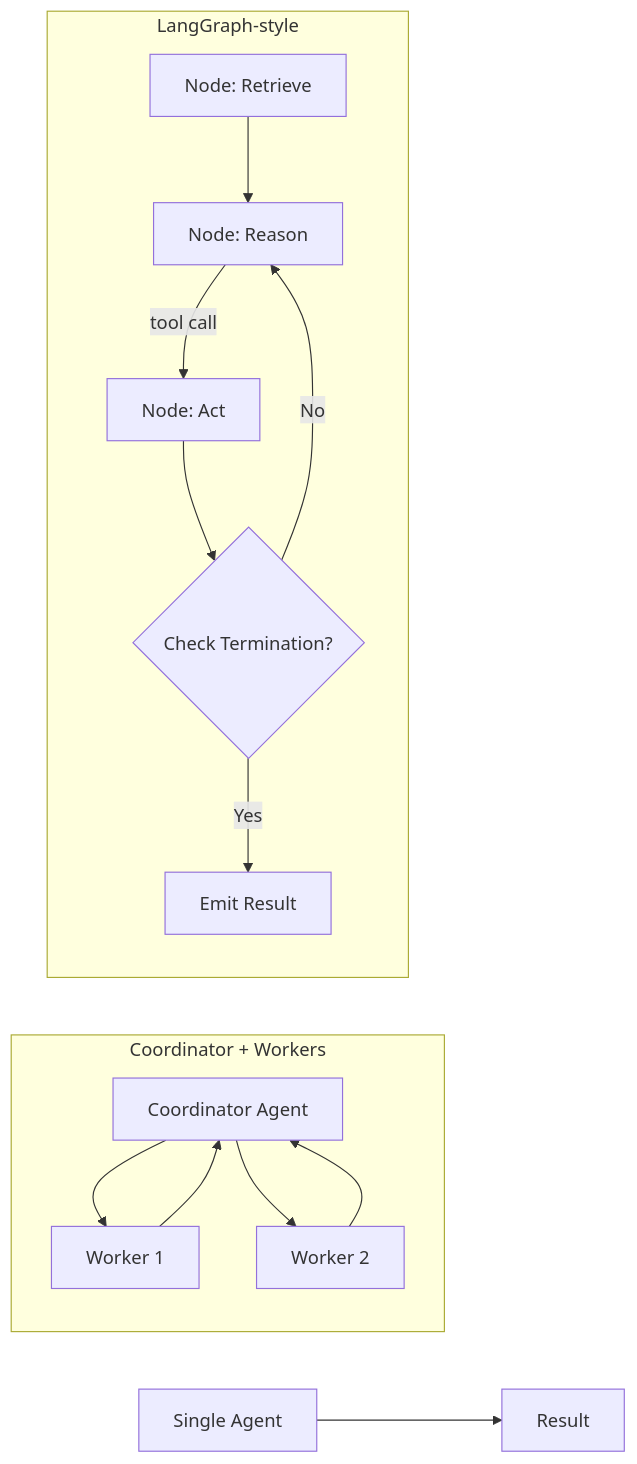
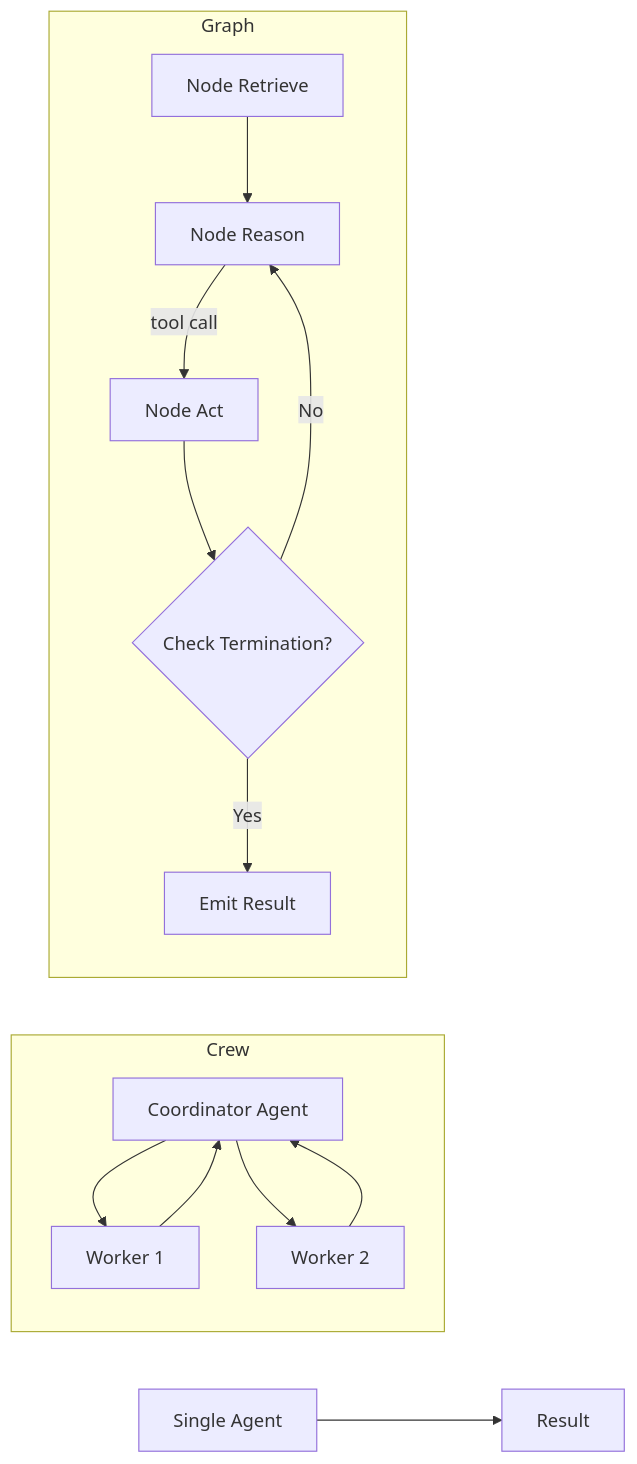
Before and after one commit to jsmoelling/AgenticAI: the fourth of 9 diagrams in Agents_Visualization.md, drawn with Mermaid. The commit also changed other lines of this file, not shown here.

````diff
--- a/Agents_Visualization.md
+++ b/Agents_Visualization.md
@@ -101,19 +117,19 @@
 ```mermaid
 flowchart LR
   A1[Single Agent] --> OUT1[Result]
 
-  subgraph Crew[Coordinator + Workers]
+  subgraph Crew
     C[Coordinator Agent] --> W1[Worker 1]
     C --> W2[Worker 2]
     W1 --> C
     W2 --> C
   end
 
-  subgraph Graph[LangGraph-style]
-    N1[Node: Retrieve] --> N2[Node: Reason]
-    N2 -->|tool call| N3[Node: Act]
+  subgraph Graph
+    N1[Node Retrieve] --> N2[Node Reason]
+    N2 -->|tool call| N3[Node Act]
     N3 --> N4{Check Termination?}
     N4 -- No --> N2
     N4 -- Yes --> N5[Emit Result]
   end
 ```
````
